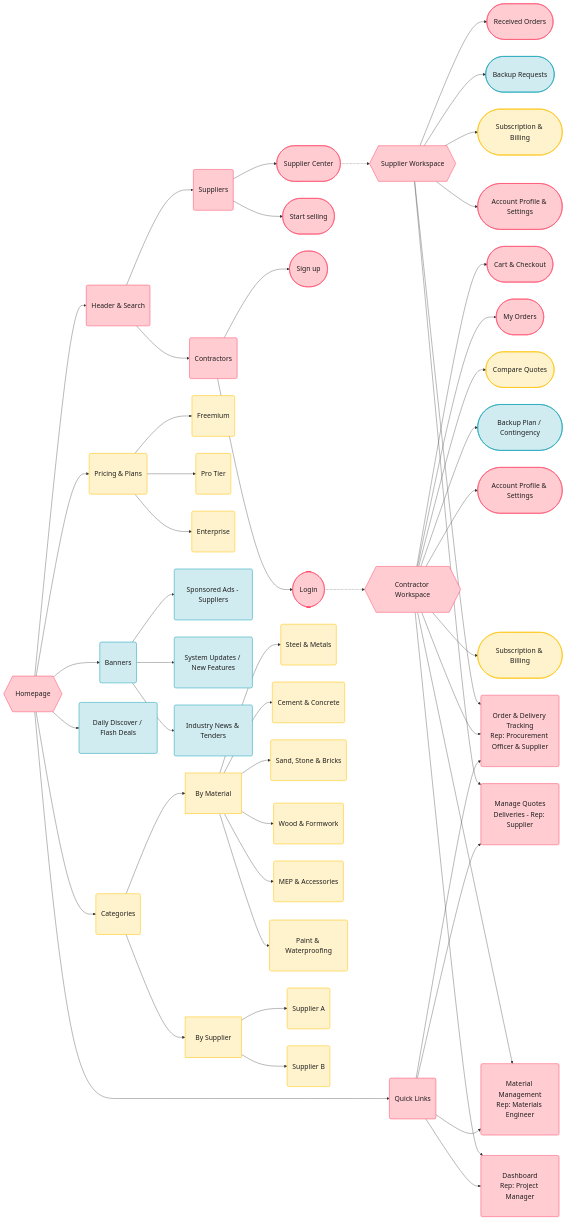
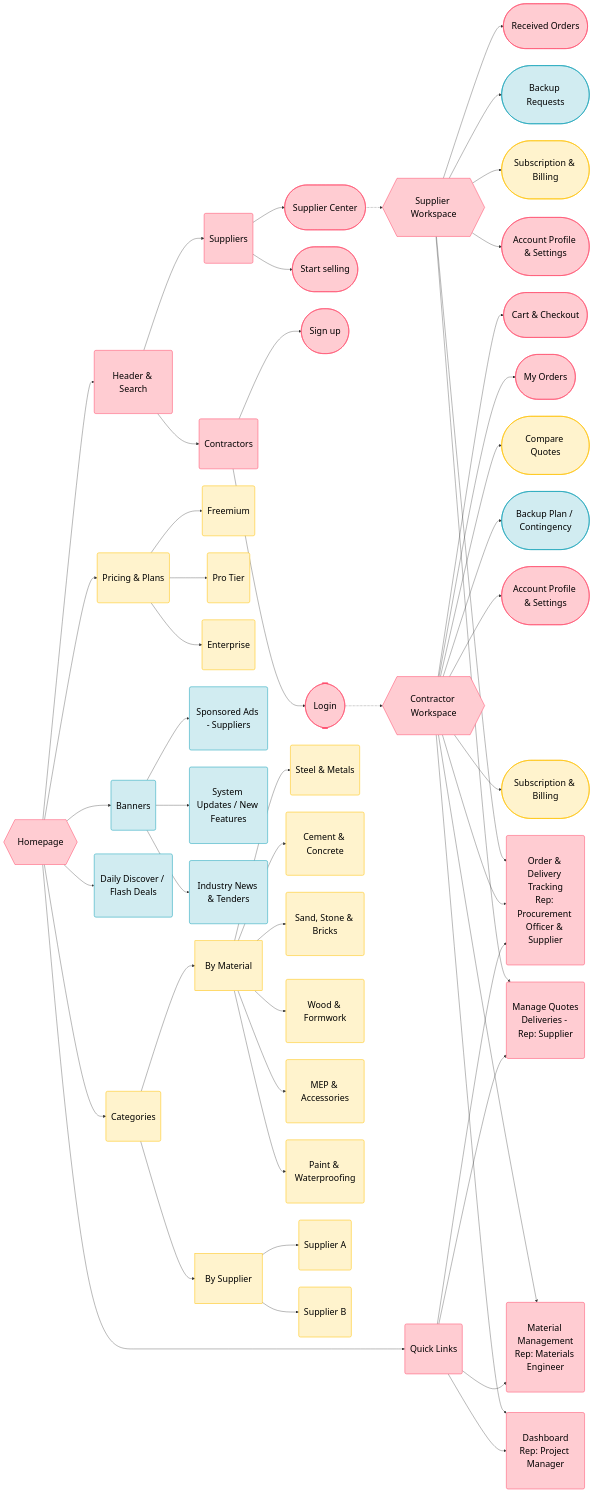
Before and after one commit to kellyblossom/Software-Engineering-in-Construction-Information-Systems-Assignment: the diagram in README.md, drawn with Mermaid.

Commit message:
Modify Mermaid class definitions in README
Updated color and font size properties for class definitions in the Mermaid diagram.

```diff
--- a/README.md
+++ b/README.md
@@ -5,9 +5,9 @@
 graph LR
 
     %% Color definition
-    classDef high fill:#ffccd2,stroke:#ff4d6d,stroke-width:1.5px,color:#1e1e1e,font-size:20px,padding:10px;
-    classDef med fill:#fff3cd,stroke:#ffc107,stroke-width:1.5px,color:#1e1e1e,font-size:20px,padding:10px;
-    classDef low fill:#d1ecf1,stroke:#17a2b8,stroke-width:1.5px,color:#1e1e1e,font-size:20px,padding:10px;
+    classDef high fill:#ffccd2,stroke:#ff4d6d,stroke-width:1.5px,color:black,font-size:26px,padding:15px;
+    classDef med fill:#fff3cd,stroke:#ffc107,stroke-width:1.5px,color:black,font-size:26px,padding:15px;
+    classDef low fill:#d1ecf1,stroke:#17a2b8,stroke-width:1.5px,color:black,font-size:26px,padding:15px;
 
     %% Main home page
     A{{Homepage}} --> B(Header & Search)
```
